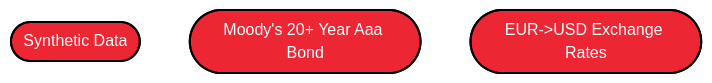
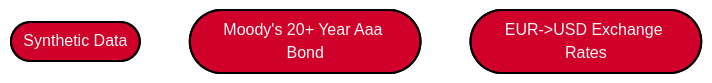
Before and after one commit to acatlin/mermaid: the second of 4 diagrams in labels.md, drawn with Mermaid. The commit also changed other lines of this file, not shown here.

````diff
--- a/labels.md
+++ b/labels.md
@@ -21,15 +21,16 @@
 ```mermaid
 
 graph TD
 
   %% Colors %%
   classDef blue fill:#2374f7,stroke:#000,stroke-width:2px,color:#fff
   classDef orange fill:#fc822b,stroke:#000,stroke-width:2px,color:#fff
   classDef green fill:#16b552,stroke:#000,stroke-width:2px,color:#fff
   classDef red fill:#ed2633,stroke:#000,stroke-width:2px,color:#fff
   classDef magenta fill:magenta,stroke:#000,stroke-width:2px,color:#fff
+  classDef s_p fill:#cf0029,stroke:#000,stroke-width:2px,color:#f7f7f7
 
-  A2([Synthetic Data]):::red
-  B2([Moody's 20+ Year Aaa Bond]):::red
-  C2([EUR->USD Exchange Rates]):::red
+  A2([Synthetic Data]):::s_p
+  B2([Moody's 20+ Year Aaa Bond]):::s_p
+  C2([EUR->USD Exchange Rates]):::s_p
 ```
````
